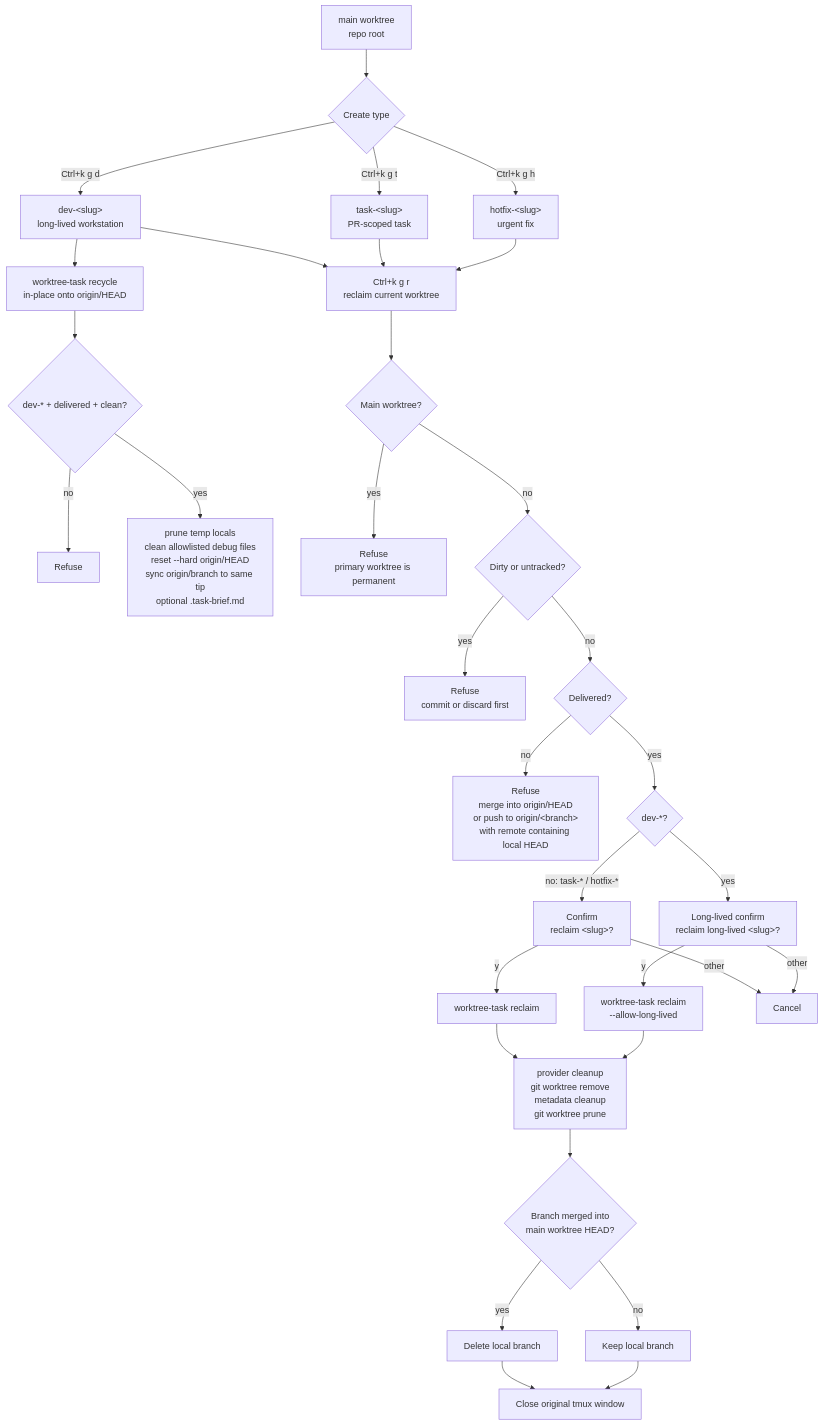
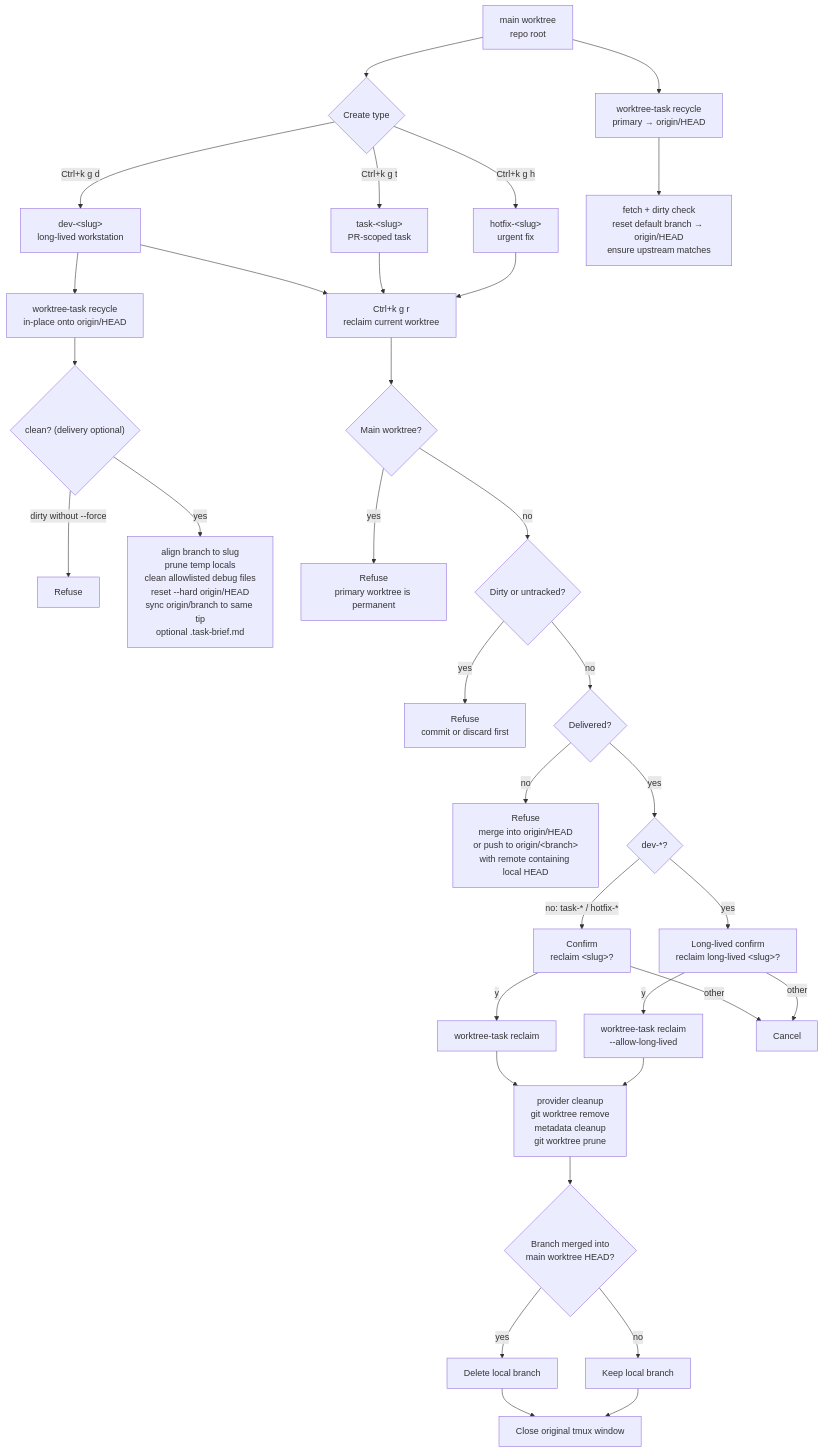
The second of 2 diagrams in docs/workspaces.md (yunsii/wezdeck), drawn with Mermaid before and after one commit. The commit also changed other lines of this file and 8 other files, not shown here.

First line of the commit message:
perf(worktree-recycle): 改为快路径重置并支持主 worktree

````diff
--- a/docs/workspaces.md
+++ b/docs/workspaces.md
@@ -115,45 +115,47 @@
 ```mermaid
 flowchart TD
   A["main worktree<br/>repo root"] --> B{"Create type"}
 
   B -->|"Ctrl+k g d"| D["dev-&lt;slug&gt;<br/>long-lived workstation"]
   B -->|"Ctrl+k g t"| T["task-&lt;slug&gt;<br/>PR-scoped task"]
   B -->|"Ctrl+k g h"| H["hotfix-&lt;slug&gt;<br/>urgent fix"]
 
+  A --> RCP["worktree-task recycle<br/>primary → origin/HEAD"]
   D --> RC["worktree-task recycle<br/>in-place onto origin/HEAD"]
   D --> R["Ctrl+k g r<br/>reclaim current worktree"]
   T --> R
   H --> R
 
-  RC --> RC1{"dev-* + delivered + clean?"}
-  RC1 -->|"no"| RCX["Refuse"]
-  RC1 -->|"yes"| RC2["prune temp locals<br/>clean allowlisted debug files<br/>reset --hard origin/HEAD<br/>sync origin/branch to same tip<br/>optional .task-brief.md"]
+  RCP --> RCP2["fetch + dirty check<br/>reset default branch → origin/HEAD<br/>ensure upstream matches"]
+  RC --> RC1{"clean? (delivery optional)"}
+  RC1 -->|"dirty without --force"| RCX["Refuse"]
+  RC1 -->|"yes"| RC2["align branch to slug<br/>prune temp locals<br/>clean allowlisted debug files<br/>reset --hard origin/HEAD<br/>sync origin/branch to same tip<br/>optional .task-brief.md"]
 
   R --> C1{"Main worktree?"}
   C1 -->|"yes"| X1["Refuse<br/>primary worktree is permanent"]
   C1 -->|"no"| C2{"Dirty or untracked?"}
 
   C2 -->|"yes"| X2["Refuse<br/>commit or discard first"]
   C2 -->|"no"| C3{"Delivered?"}
 
   C3 -->|"no"| X3["Refuse<br/>merge into origin/HEAD<br/>or push to origin/&lt;branch&gt;<br/>with remote containing local HEAD"]
   C3 -->|"yes"| C4{"dev-*?"}
 
   C4 -->|"no: task-* / hotfix-*"| Y1["Confirm<br/>reclaim &lt;slug&gt;?"]
   C4 -->|"yes"| Y2["Long-lived confirm<br/>reclaim long-lived &lt;slug&gt;?"]
 
   Y1 -->|"y"| Z1["worktree-task reclaim"]
   Y2 -->|"y"| Z2["worktree-task reclaim<br/>--allow-long-lived"]
   Y1 -->|"other"| K["Cancel"]
   Y2 -->|"other"| K
 
   Z1 --> W["provider cleanup<br/>git worktree remove<br/>metadata cleanup<br/>git worktree prune"]
   Z2 --> W
 
   W --> Q{"Branch merged into<br/>main worktree HEAD?"}
   Q -->|"yes"| BD["Delete local branch"]
   Q -->|"no"| BK["Keep local branch"]
 
   BD --> END["Close original tmux window"]
   BK --> END
 ```
````
